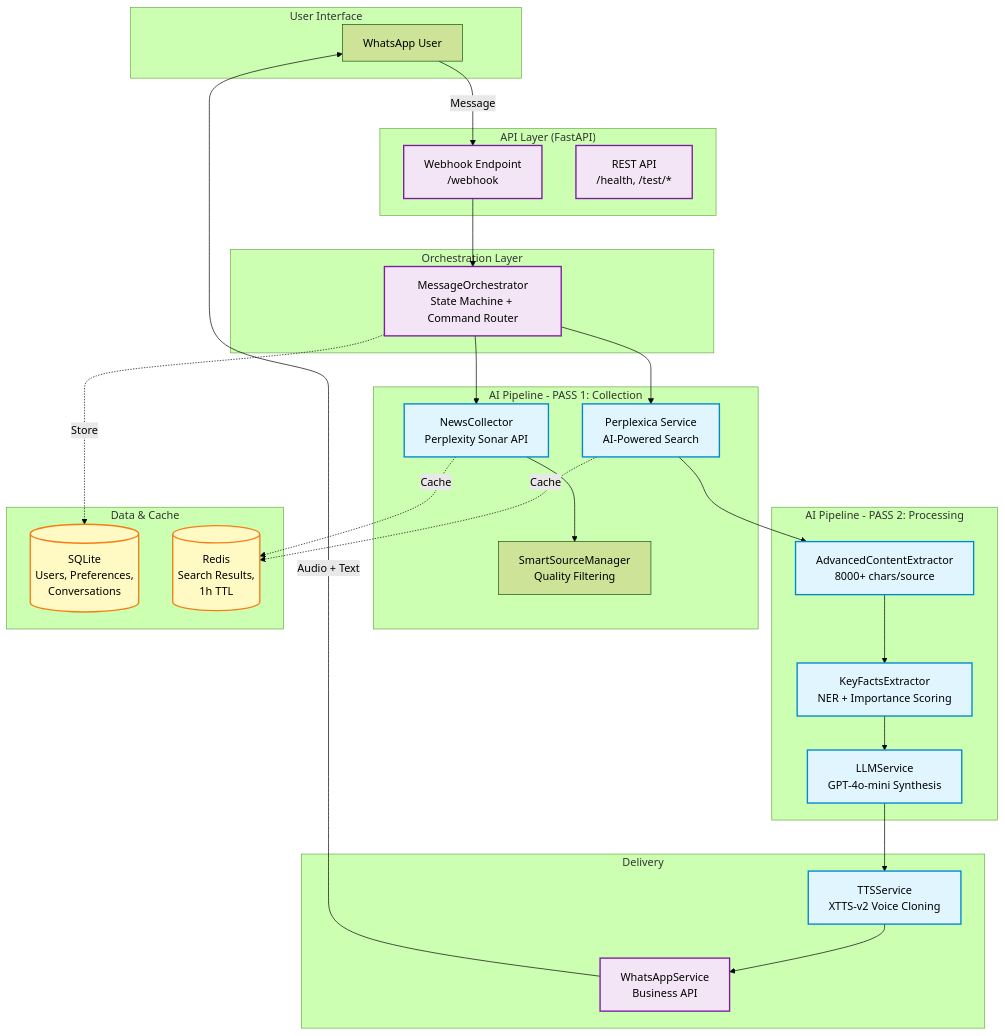
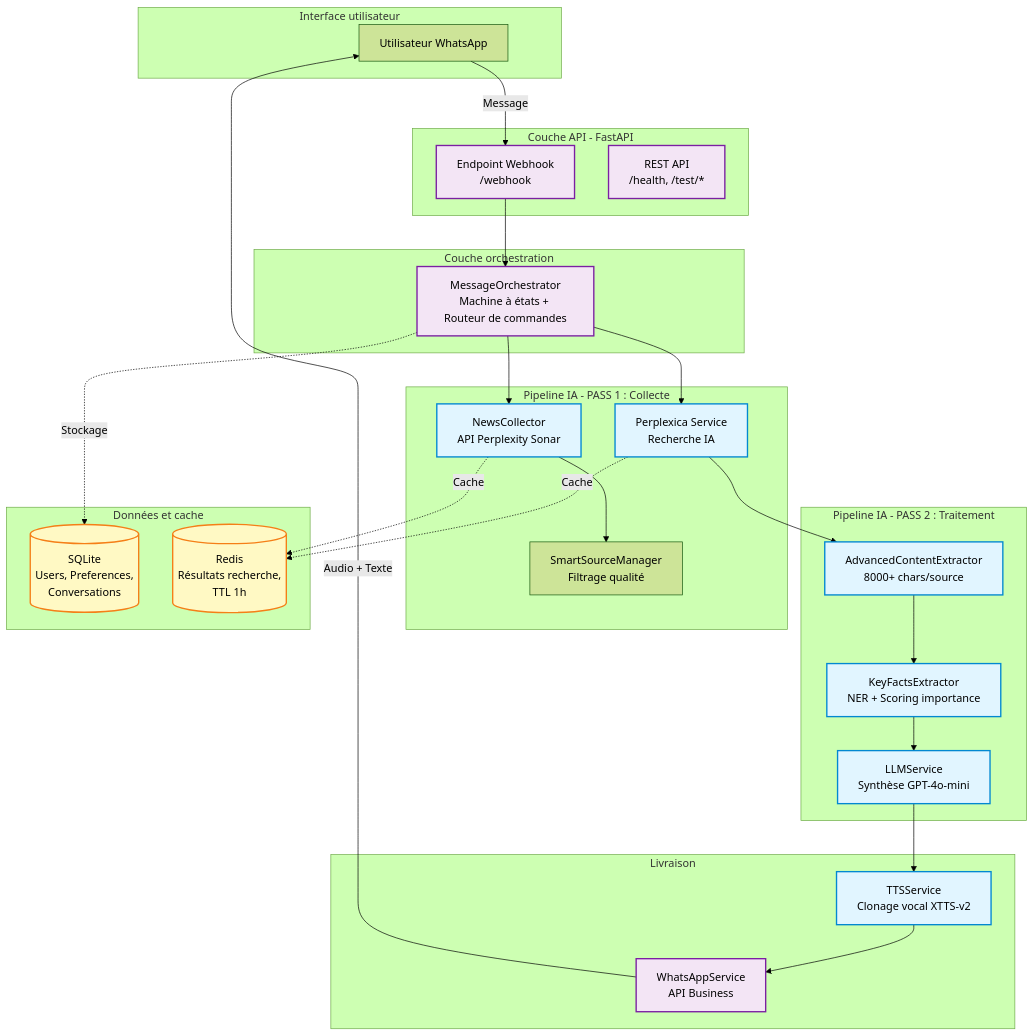
One commit to Aguern/Noto changed the first of 2 diagrams in README.md. Above: the diagram before and after it, drawn with Mermaid (forest theme). The commit also changed other lines of this file, not shown here.

````diff
--- a/README.md
+++ b/README.md
@@ -35,63 +34,63 @@
 ```mermaid
 graph TB
-    subgraph "User Interface"
-        WA[WhatsApp User]
+    subgraph "Interface utilisateur"
+        WA[Utilisateur WhatsApp]
     end
 
-    subgraph "API Layer (FastAPI)"
-        WHK[Webhook Endpoint<br/>/webhook]
+    subgraph "Couche API - FastAPI"
+        WHK[Endpoint Webhook<br/>/webhook]
         API[REST API<br/>/health, /test/*]
     end
 
-    subgraph "Orchestration Layer"
-        ORCH[MessageOrchestrator<br/>State Machine + Command Router]
+    subgraph "Couche orchestration"
+        ORCH[MessageOrchestrator<br/>Machine à états + Routeur de commandes]
     end
 
-    subgraph "AI Pipeline - PASS 1: Collection"
-        PPX[Perplexica Service<br/>AI-Powered Search]
-        SONAR[NewsCollector<br/>Perplexity Sonar API]
-        FILTER[SmartSourceManager<br/>Quality Filtering]
+    subgraph "Pipeline IA - PASS 1 : Collecte"
+        PPX[Perplexica Service<br/>Recherche IA]
+        SONAR[NewsCollector<br/>API Perplexity Sonar]
+        FILTER[SmartSourceManager<br/>Filtrage qualité]
     end
 
-    subgraph "AI Pipeline - PASS 2: Processing"
+    subgraph "Pipeline IA - PASS 2 : Traitement"
         EXTRACT[AdvancedContentExtractor<br/>8000+ chars/source]
-        NER[KeyFactsExtractor<br/>NER + Importance Scoring]
-        LLM[LLMService<br/>GPT-4o-mini Synthesis]
+        NER[KeyFactsExtractor<br/>NER + Scoring importance]
+        LLM[LLMService<br/>Synthèse GPT-4o-mini]
     end
 
-    subgraph "Delivery"
-        TTS[TTSService<br/>XTTS-v2 Voice Cloning]
-        WAAPI[WhatsAppService<br/>Business API]
+    subgraph "Livraison"
+        TTS[TTSService<br/>Clonage vocal XTTS-v2]
+        WAAPI[WhatsAppService<br/>API Business]
     end
 
-    subgraph "Data & Cache"
+    subgraph "Données et cache"
         DB[(SQLite<br/>Users, Preferences,<br/>Conversations)]
-        CACHE[(Redis<br/>Search Results,<br/>1h TTL)]
+        CACHE[(Redis<br/>Résultats recherche,<br/>TTL 1h)]
     end
 
     WA -->|Message| WHK
     WHK --> ORCH
     ORCH --> PPX
     ORCH --> SONAR
 
     PPX --> EXTRACT
     SONAR --> FILTER
     EXTRACT --> NER
     NER --> LLM
 
     LLM --> TTS
     TTS --> WAAPI
-    WAAPI -->|Audio + Text| WA
+    WAAPI -->|Audio + Texte| WA
 
-    ORCH -.->|Store| DB
+    ORCH -.->|Stockage| DB
     PPX -.->|Cache| CACHE
     SONAR -.->|Cache| CACHE
 
     classDef ai fill:#e1f5ff,stroke:#0288d1,stroke-width:2px
     classDef infra fill:#f3e5f5,stroke:#7b1fa2,stroke-width:2px
     classDef data fill:#fff9c4,stroke:#f57f17,stroke-width:2px
 
     class PPX,SONAR,EXTRACT,NER,LLM,TTS ai
     class WHK,API,ORCH,WAAPI infra
     class DB,CACHE data
 ```
````
